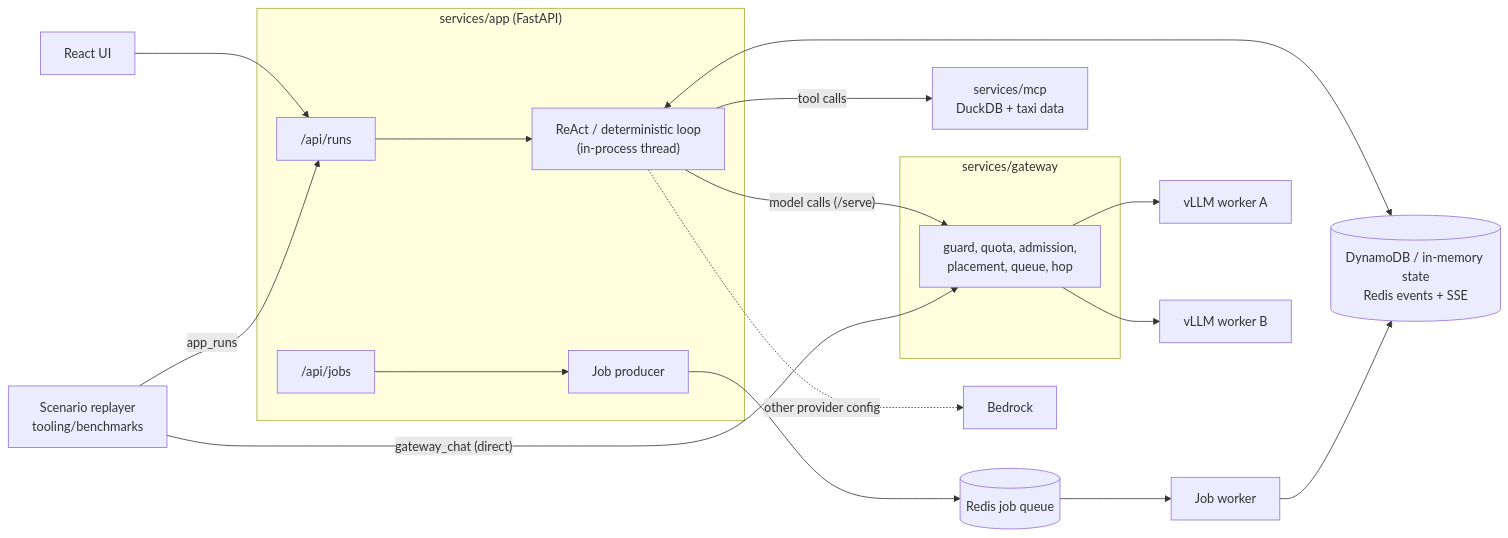
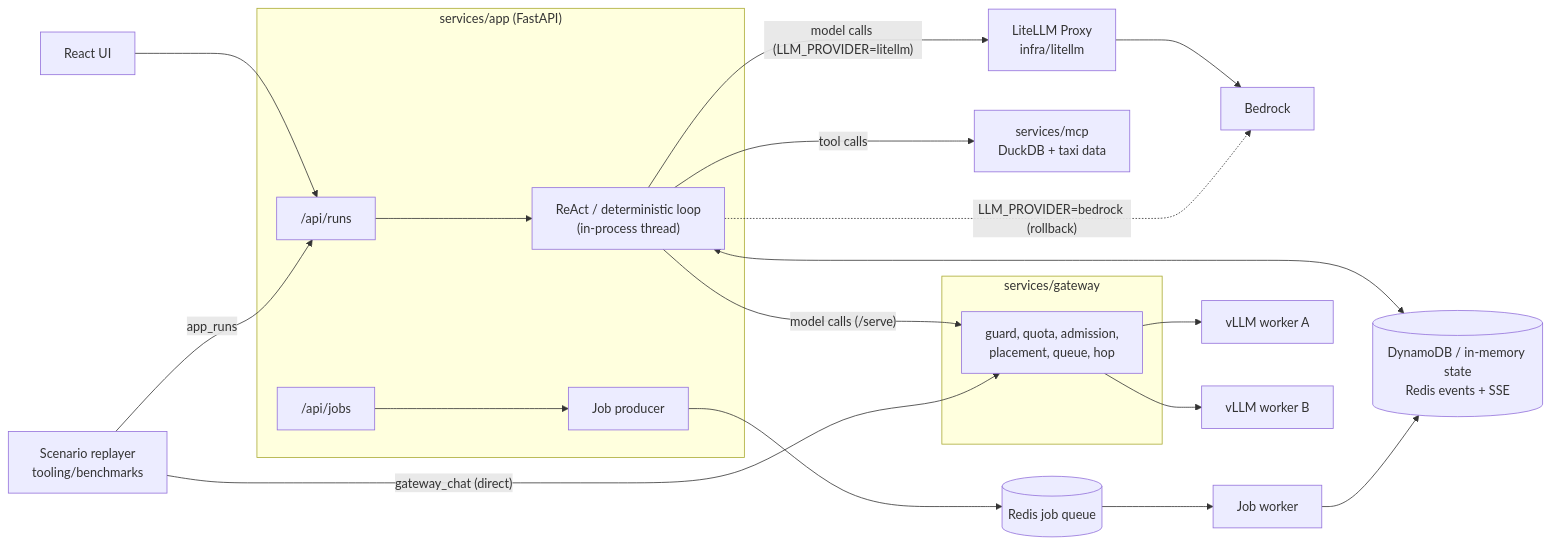
One commit to NakulManchanda/ai-analytics-poc changed the second of 2 diagrams in README.md. Above: the diagram before and after it, drawn with Mermaid. The commit also changed other lines of this file, not shown here.

Commit message:
docs: update README structure and request paths for LiteLLM, capture, policy, validation, prompts and evals

````diff
--- a/README.md
+++ b/README.md
@@ -188,27 +190,29 @@
 ```mermaid
 flowchart LR
     UI["React UI"] --> API
     RP["Scenario replayer<br/>tooling/benchmarks"]
 
     subgraph APPSVC["services/app (FastAPI)"]
         API["/api/runs"] --> LOOP["ReAct / deterministic loop<br/>(in-process thread)"]
         JOBS["/api/jobs"] --> PROD["Job producer"]
     end
 
     RP -- "app_runs" --> API
     LOOP -- "tool calls" --> MCP["services/mcp<br/>DuckDB + taxi data"]
     LOOP -- "model calls (/serve)" --> GW
+    LOOP -- "model calls (LLM_PROVIDER=litellm)" --> LLP["LiteLLM Proxy<br/>infra/litellm"]
+    LLP --> BR
     LOOP <--> STATE[("DynamoDB / in-memory state<br/>Redis events + SSE")]
 
     PROD --> RQ[("Redis job queue")] --> WK["Job worker"]
     WK --> STATE
 
     RP -- "gateway_chat (direct)" --> GW
 
     subgraph GWSVC["services/gateway"]
         GW["guard, quota, admission,<br/>placement, queue, hop"]
     end
     GW --> VA["vLLM worker A"]
     GW --> VB["vLLM worker B"]
-    LOOP -. "other provider config" .-> BR["Bedrock"]
+    LOOP -. "LLM_PROVIDER=bedrock (rollback)" .-> BR["Bedrock"]
 ```
````
